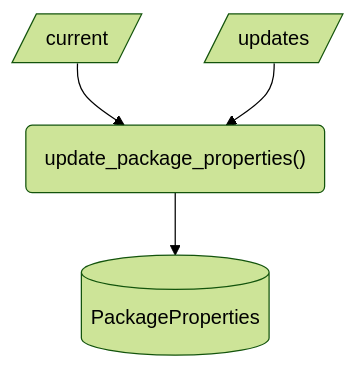
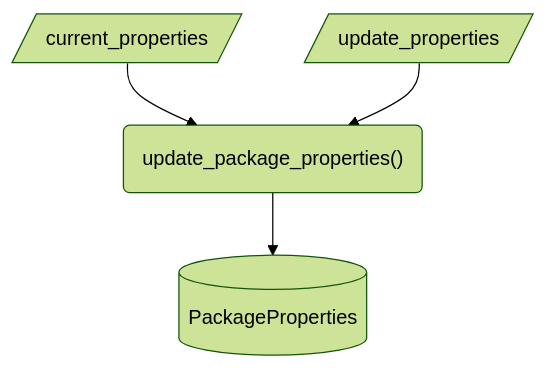
Before and after one commit to seedcase-project/seedcase-sprout: the second of 11 diagrams in docs/design/interface/functions.qmd, drawn with Mermaid (forest theme). The commit also changed other lines of this file and 2 other files, not shown here.

Commit message:
refactor: :recycle: use clearer argument names that use `_properties`

````diff
--- a/docs/design/interface/functions.qmd
+++ b/docs/design/interface/functions.qmd
@@ -75,10 +75,10 @@
 ```{mermaid}
 flowchart
-    in_current[/current/]
-    in_updates[/updates/]
+    in_current[/current_properties/]
+    in_updates[/update_properties/]
     function("update_package_properties()")
     out[("PackageProperties")]
     in_current --> function
     in_updates --> function
     function --> out
 ```
````
